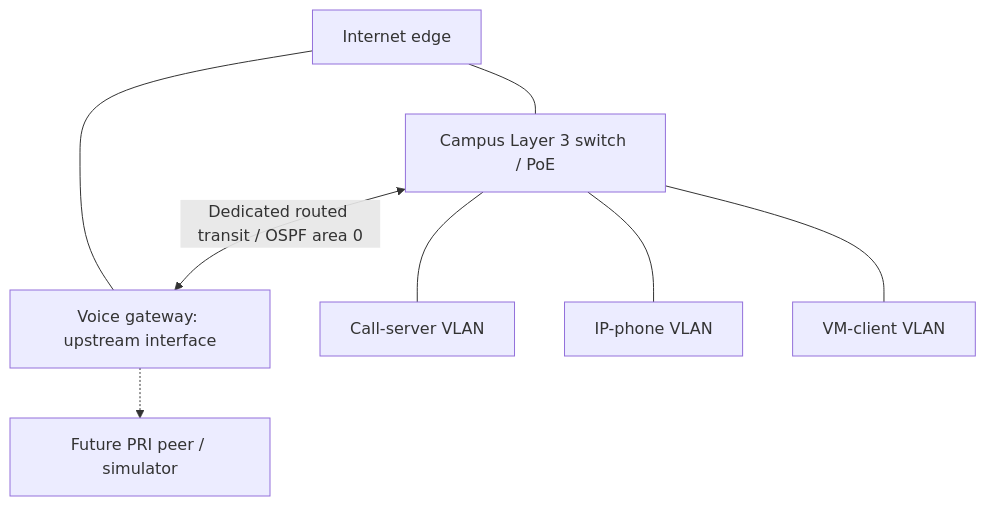
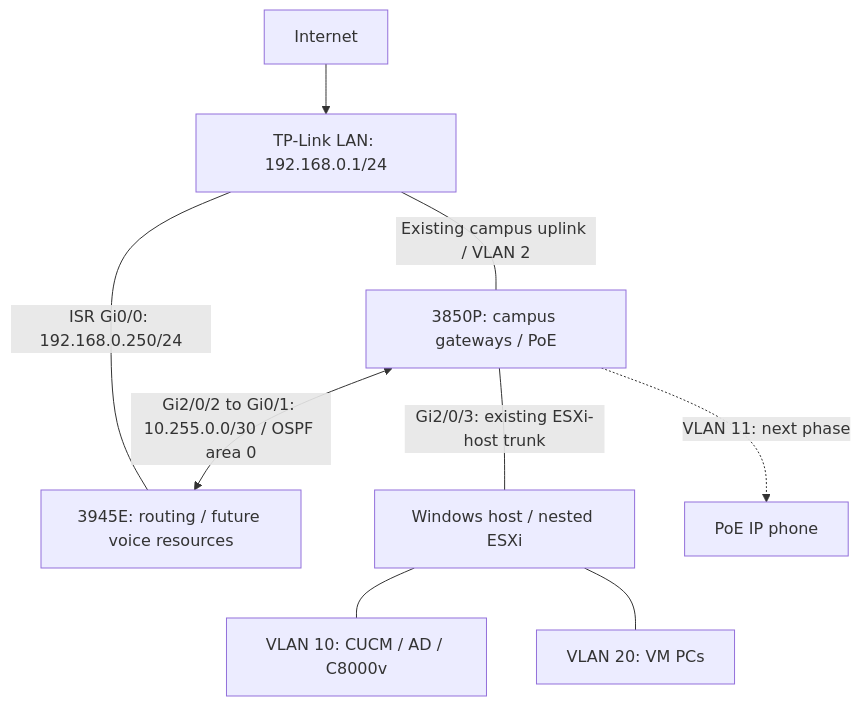
The diagram in README.md (raysaliveonline-commits/Build-OSPF-Routing-for-Voice-Network), drawn with Mermaid before and after one commit. The commit also changed other lines of this file, not shown here.

Commit message:
Publish authorized lab topology, actual addressing and verified OSPF results

````diff
--- a/README.md
+++ b/README.md
@@ -9,10 +9,11 @@
 ```mermaid
 flowchart TD
-    EDGE["Internet edge"] --- SW["Campus Layer 3 switch / PoE"]
-    EDGE --- GW["Voice gateway: upstream interface"]
-    SW <-->|"Dedicated routed transit / OSPF area 0"| GW
-    SW --- SERVERS["Call-server VLAN"]
-    SW --- PHONES["IP-phone VLAN"]
-    SW --- CLIENTS["VM-client VLAN"]
-    GW -.-> PRI["Future PRI peer / simulator"]
+    INTERNET["Internet"] --> TP["TP-Link LAN: 192.168.0.1/24"]
+    TP ---|"Existing campus uplink / VLAN 2"| SW["3850P: campus gateways / PoE"]
+    TP ---|"ISR Gi0/0: 192.168.0.250/24"| ISR["3945E: routing / future voice resources"]
+    SW <-->|"Gi2/0/2 to Gi0/1: 10.255.0.0/30 / OSPF area 0"| ISR
+    SW ---|"Gi2/0/3: existing ESXi-host trunk"| HOST["Windows host / nested ESXi"]
+    HOST --- SERVER["VLAN 10: CUCM / AD / C8000v"]
+    HOST --- DATA["VLAN 20: VM PCs"]
+    SW -.->|"VLAN 11: next phase"| PHONE["PoE IP phone"]
 ```
````
